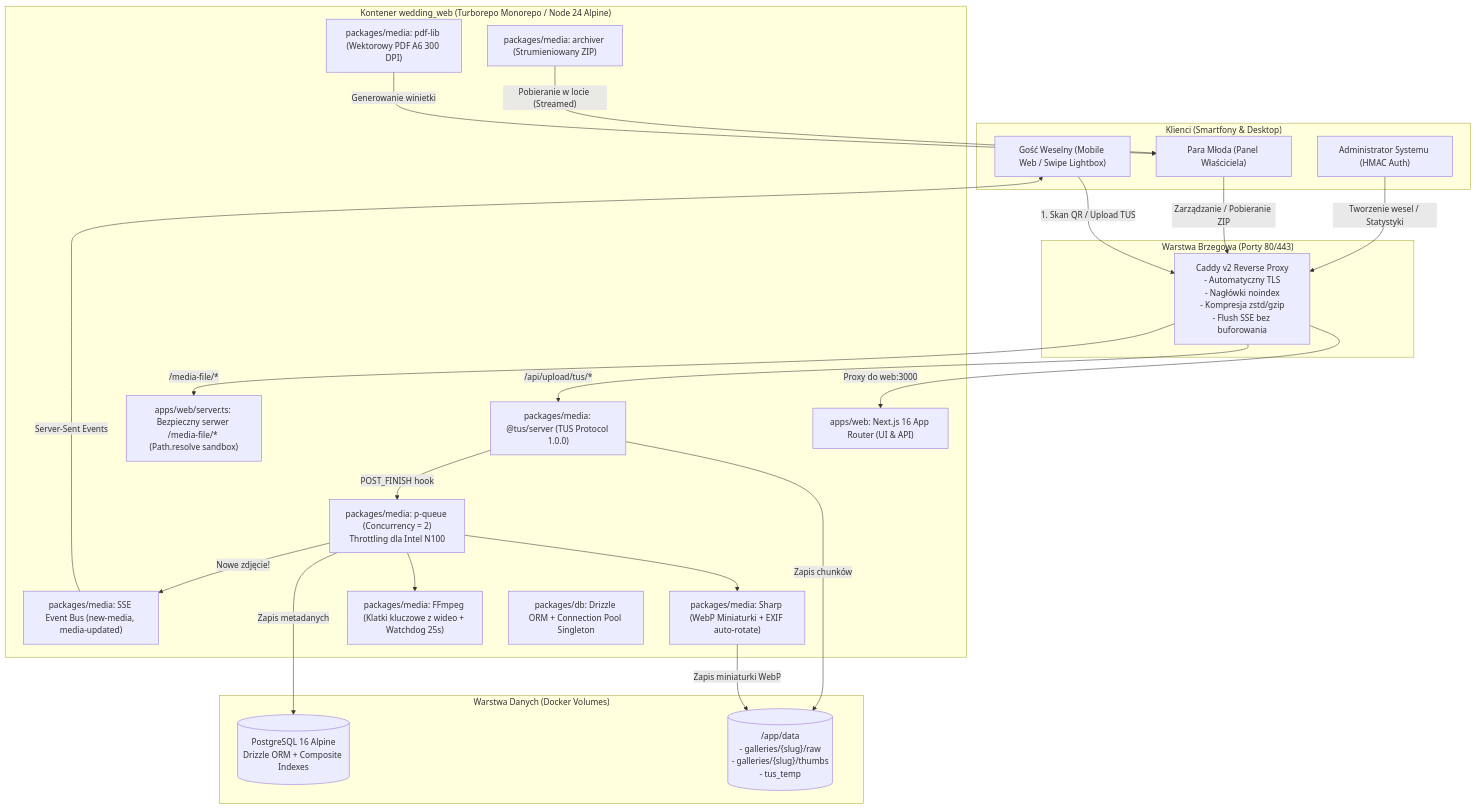
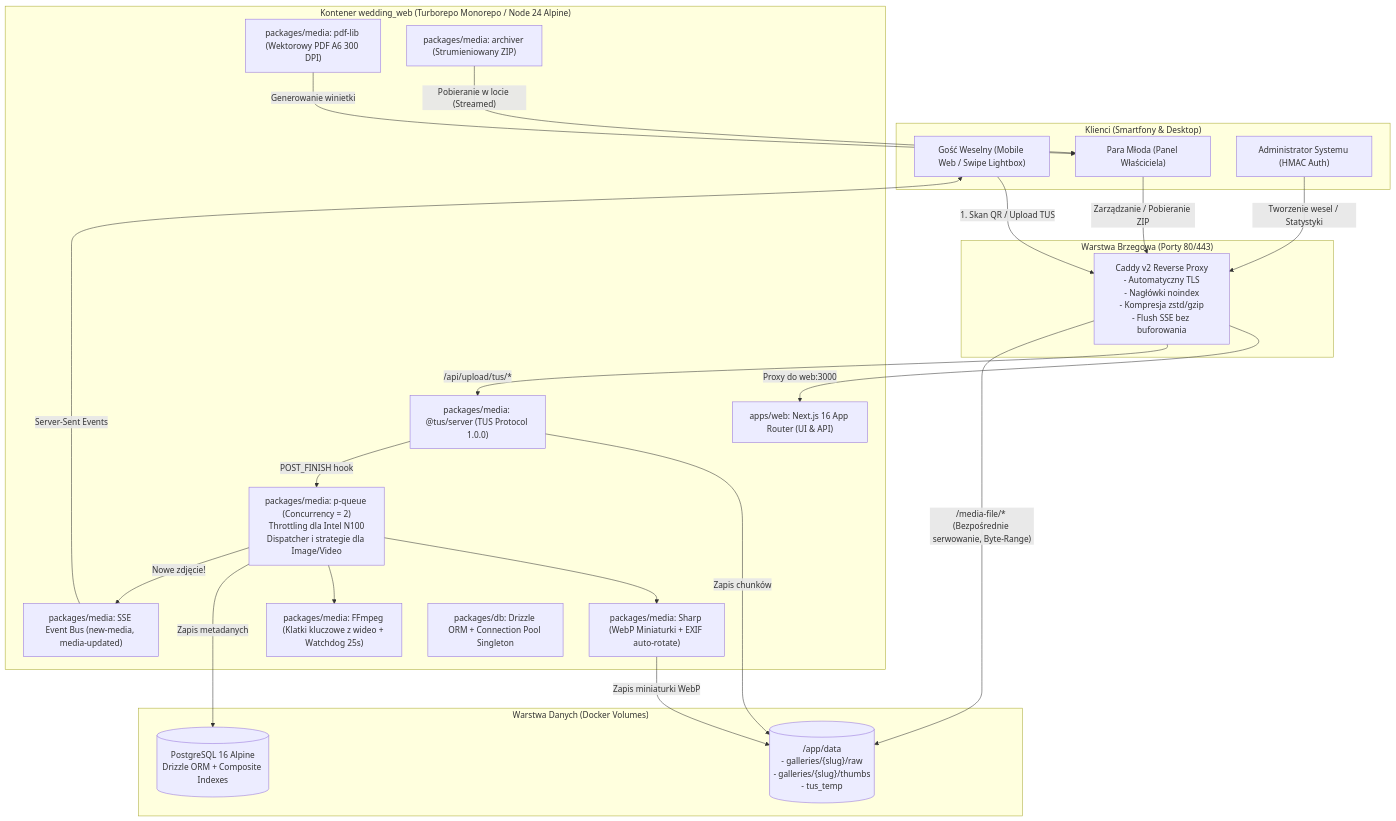
One commit to p4cino/wedding-drop changed the diagram in DOCUMENTATION.md. Above: the diagram before and after it, drawn with Mermaid. The commit also changed other lines of this file and 17 other files, not shown here.

Commit message:
refactor: apply thermo-nuclear architecture guidelines and fix DB schema

````diff
--- a/DOCUMENTATION.md
+++ b/DOCUMENTATION.md
@@ -21,50 +21,49 @@
 ```mermaid
 graph TD
     subgraph "Klienci (Smartfony & Desktop)"
         Guest["Gość Weselny (Mobile Web / Swipe Lightbox)"]
         Couple["Para Młoda (Panel Właściciela)"]
         Admin["Administrator Systemu (HMAC Auth)"]
     end
 
     subgraph "Warstwa Brzegowa (Porty 80/443)"
         Caddy["Caddy v2 Reverse Proxy\n- Automatyczny TLS\n- Nagłówki noindex\n- Kompresja zstd/gzip\n- Flush SSE bez buforowania"]
     end
 
     subgraph "Kontener wedding_web (Turborepo Monorepo / Node 24 Alpine)"
         NextCore["apps/web: Next.js 16 App Router (UI & API)"]
         TusServer["packages/media: @tus/server (TUS Protocol 1.0.0)"]
         SSEBus["packages/media: SSE Event Bus (new-media, media-updated)"]
         PdfGen["packages/media: pdf-lib (Wektorowy PDF A6 300 DPI)"]
         ZipStream["packages/media: archiver (Strumieniowany ZIP)"]
-        MediaQueue["packages/media: p-queue (Concurrency = 2)\nThrottling dla Intel N100"]
+        MediaQueue["packages/media: p-queue (Concurrency = 2)\nThrottling dla Intel N100\nDispatcher i strategie dla Image/Video"]
         Sharp["packages/media: Sharp (WebP Miniaturki + EXIF auto-rotate)"]
         FFmpeg["packages/media: FFmpeg (Klatki kluczowe z wideo + Watchdog 25s)"]
         DbPkg["packages/db: Drizzle ORM + Connection Pool Singleton"]
-        StaticServe["apps/web/server.ts: Bezpieczny serwer /media-file/* (Path.resolve sandbox)"]
     end
 
     subgraph "Warstwa Danych (Docker Volumes)"
         Postgres[("PostgreSQL 16 Alpine\nDrizzle ORM + Composite Indexes")]
         Filesystem[("/app/data\n- galleries/{slug}/raw\n- galleries/{slug}/thumbs\n- tus_temp")]
     end
 
     Guest -->|"1. Skan QR / Upload TUS"| Caddy
     Couple -->|"Zarządzanie / Pobieranie ZIP"| Caddy
     Admin -->|"Tworzenie wesel / Statystyki"| Caddy
 
     Caddy -->|"Proxy do web:3000"| NextCore
     Caddy -->|"/api/upload/tus/*"| TusServer
-    Caddy -->|"/media-file/*"| StaticServe
+    Caddy -->|"/media-file/* (Bezpośrednie serwowanie, Byte-Range)"| Filesystem
 
     TusServer -->|"Zapis chunków"| Filesystem
     TusServer -->|"POST_FINISH hook"| MediaQueue
     MediaQueue --> Sharp
     MediaQueue --> FFmpeg
     Sharp -->|"Zapis miniaturki WebP"| Filesystem
     MediaQueue -->|"Zapis metadanych"| Postgres
     MediaQueue -->|"Nowe zdjęcie!"| SSEBus
     SSEBus -->|"Server-Sent Events"| Guest
 
     ZipStream -->|"Pobieranie w locie (Streamed)"| Couple
     PdfGen -->|"Generowanie winietki"| Couple
 ```
````
